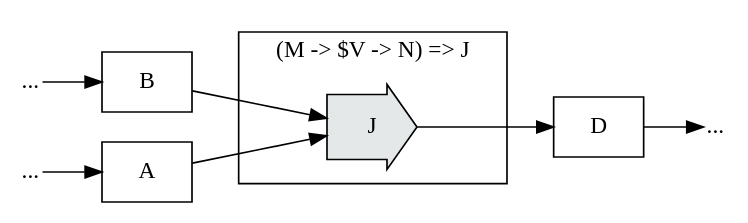
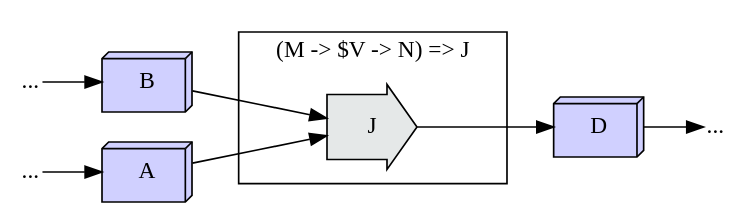
Diagram 46 of 55 in source/Tapestry/index.md (crutcher/crutcher.github.io-source), drawn with Graphviz before and after one commit. The commit also changed other lines of this file and 2 other files, not shown here.

````diff
--- a/source/Tapestry/index.md
+++ b/source/Tapestry/index.md
@@ -5948,26 +6010,25 @@
 ```graphviz
 digraph G {
     rankdir=LR;
-    
-    A, B, D [shape=box];
+    A, B, D [shape=box3d, fillcolor="#d0d0ff", style=filled];
     
     subgraph cluster_0 {
       label="(M -> $V -> N) => J"
       J [
           shape=rarrow,
           style=filled,
           fillcolor="#E5E8E8",
           margin=0.25
       ];
     }
     
     A -> J;
     B -> J;
     J -> D;
     
     G1, G2, G3 [label="...", shape=plain];
     G1 -> A;
     G2 -> B;
     D -> G3;
 }
 ```
````
